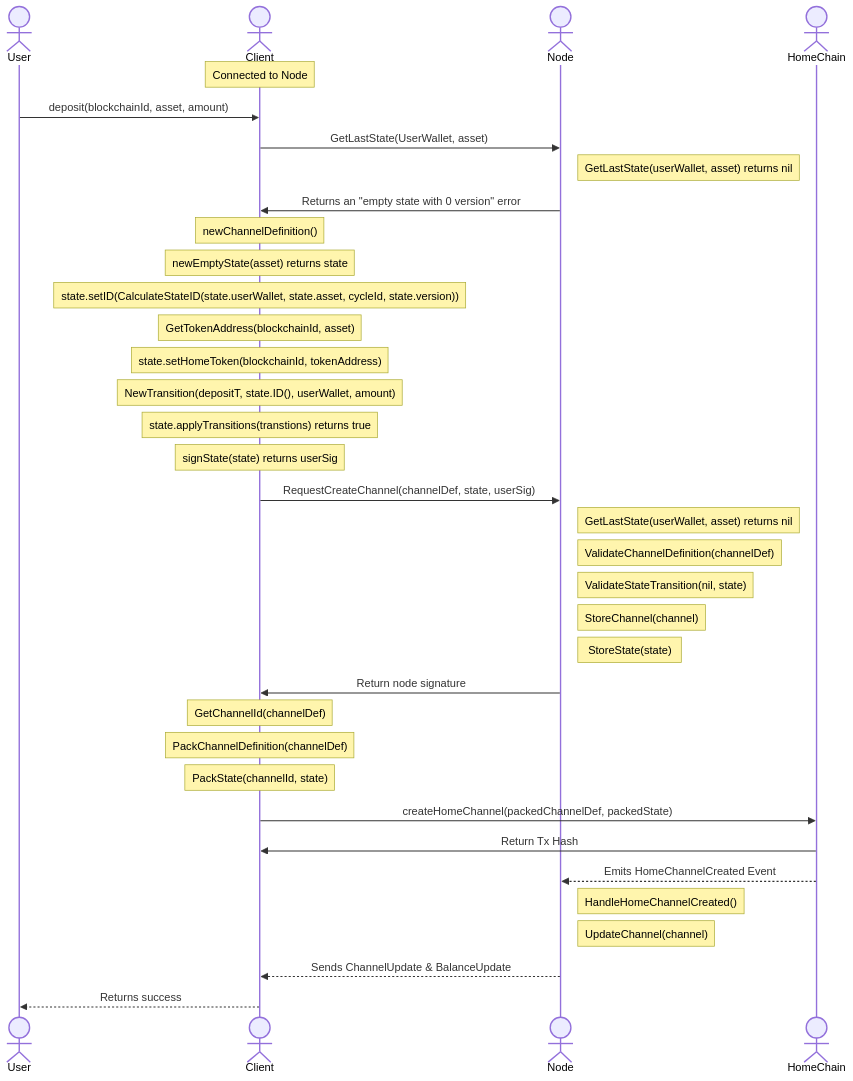
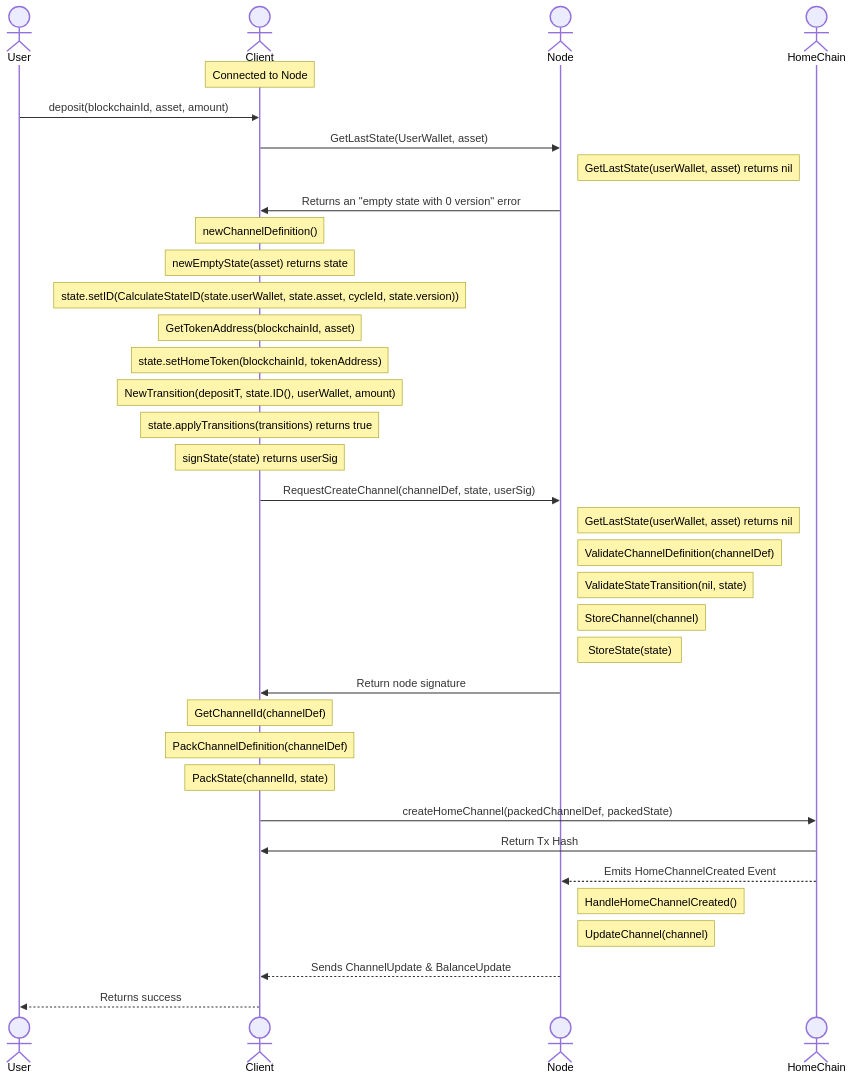
Before and after one commit to erc7824/nitrolite: the diagram in docs/v1/communication_flows/home_chan_creation_from_scratch.mmd, drawn with Mermaid. The commit also changed 10 other files, not shown here.

```diff
--- a/docs/v1/communication_flows/home_chan_creation_from_scratch.mmd
+++ b/docs/v1/communication_flows/home_chan_creation_from_scratch.mmd
@@ -1,35 +1,35 @@
 sequenceDiagram
         actor User
         actor Client
         actor Node
         actor HomeChain
         Note over Client: Connected to Node
         User->>Client: deposit(blockchainId, asset, amount)
         Client->>Node: GetLastState(UserWallet, asset)
         Note right of Node: GetLastState(userWallet, asset) returns nil
         Node->>Client: Returns an "empty state with 0 version" error
         Note over Client: newChannelDefinition()
         Note over Client: newEmptyState(asset) returns state
         Note over Client: state.setID(CalculateStateID(state.userWallet, state.asset, cycleId, state.version))
         Note over Client: GetTokenAddress(blockchainId, asset)
         Note over Client: state.setHomeToken(blockchainId, tokenAddress)
         Note over Client: NewTransition(depositT, state.ID(), userWallet, amount)
-        Note over Client: state.applyTransitions(transtions) returns true
+        Note over Client: state.applyTransitions(transitions) returns true
         Note over Client: signState(state) returns userSig
         Client->>Node: RequestCreateChannel(channelDef, state, userSig)
         Note right of Node: GetLastState(userWallet, asset) returns nil
         Note right of Node: ValidateChannelDefinition(channelDef)
         Note right of Node: ValidateStateTransition(nil, state)
         Note right of Node: StoreChannel(channel)
         Note right of Node: StoreState(state)
         Node->>Client: Return node signature
         Note over Client: GetChannelId(channelDef)
         Note over Client: PackChannelDefinition(channelDef)
         Note over Client: PackState(channelId, state)
         Client->>HomeChain: createHomeChannel(packedChannelDef, packedState)
         HomeChain->>Client: Return Tx Hash
         HomeChain-->>Node: Emits HomeChannelCreated Event
         Note right of Node: HandleHomeChannelCreated()
         Note right of Node: UpdateChannel(channel)
         Node-->>Client: Sends ChannelUpdate & BalanceUpdate
         Client-->>User: Returns success
```
